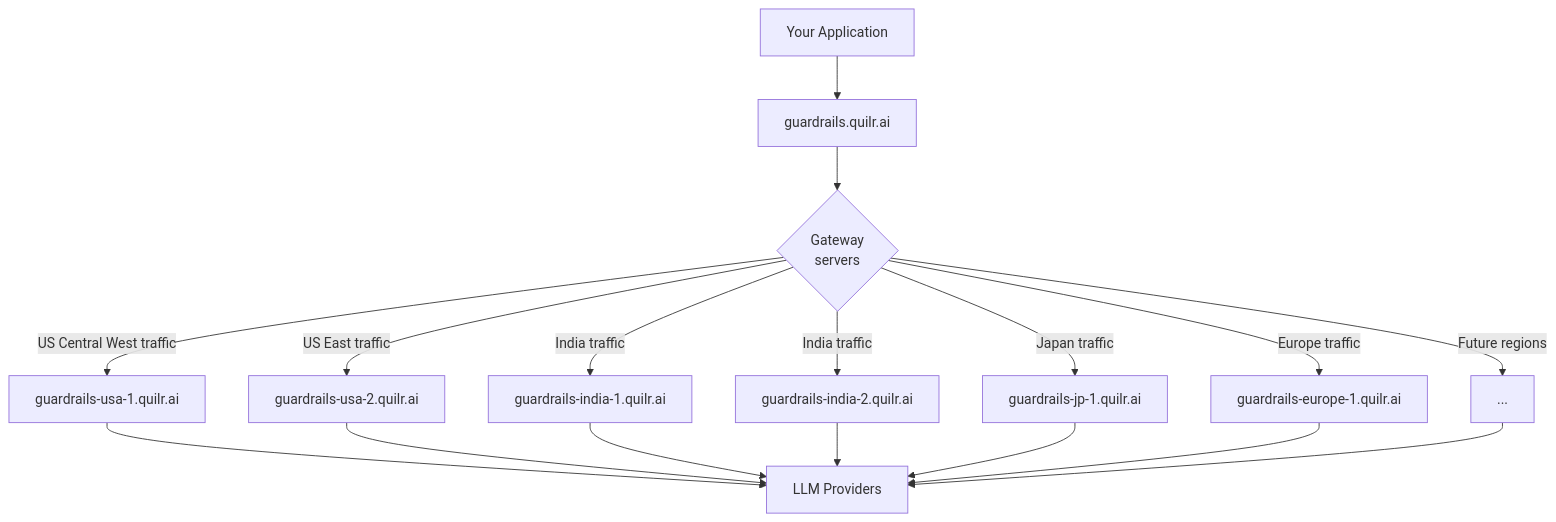
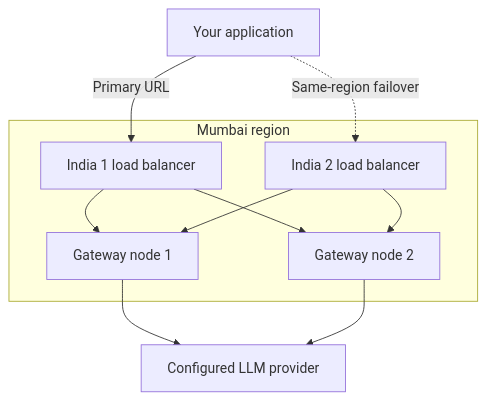
The diagram in docs/llm-gateway/get-started/ha-and-sla.md (quilrai/docs), drawn with Mermaid before and after one commit. The commit also changed other lines of this file and 2 other files, not shown here.

Commit message:
docs: update gateway HA and latency planning guidance

````diff
--- a/docs/llm-gateway/get-started/ha-and-sla.md
+++ b/docs/llm-gateway/get-started/ha-and-sla.md
@@ -39,19 +39,13 @@
 ```mermaid
 flowchart TD
-    A["Your Application"] --> B["guardrails.quilr.ai"]
-    B --> C{"Gateway<br/>servers"}
-    C -->|"US Central West traffic"| D["guardrails-usa-1.quilr.ai"]
-    C -->|"US East traffic"| E["guardrails-usa-2.quilr.ai"]
-    C -->|"India traffic"| F["guardrails-india-1.quilr.ai"]
-    C -->|"India traffic"| K["guardrails-india-2.quilr.ai"]
-    C -->|"Japan traffic"| I["guardrails-jp-1.quilr.ai"]
-    C -->|"Europe traffic"| J["guardrails-europe-1.quilr.ai"]
-    C -->|"Future regions"| H["..."]
-    D --> G["LLM Providers"]
-    E --> G
-    F --> G
-    K --> G
-    I --> G
-    J --> G
-    H --> G
+    A["Your application"] -->|"Primary URL"| B["India 1 load balancer"]
+    A -.->|"Same-region failover"| C["India 2 load balancer"]
+    subgraph Mumbai["Mumbai region"]
+        B --> D["Gateway node 1"]
+        B --> E["Gateway node 2"]
+        C --> D
+        C --> E
+    end
+    D --> F["Configured LLM provider"]
+    E --> F
 ```
````
